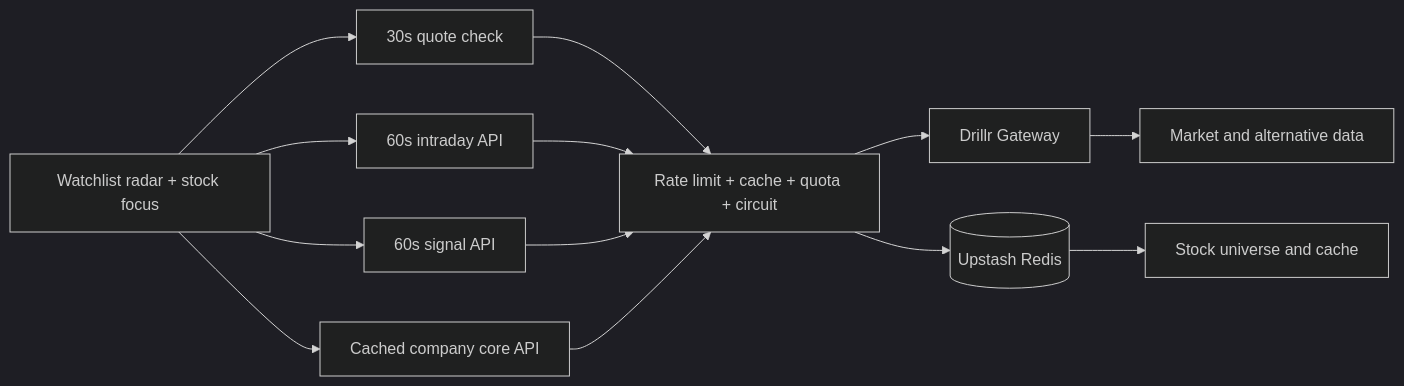
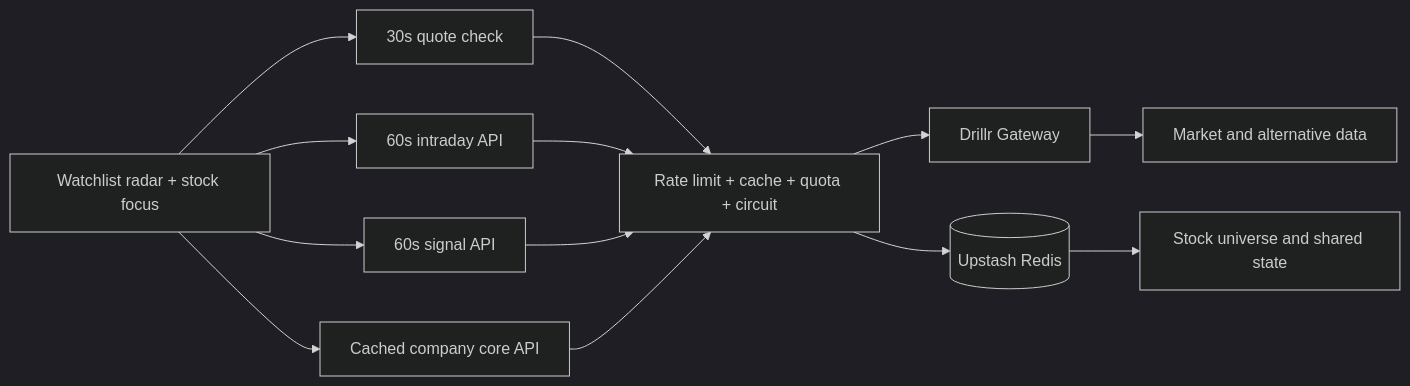
Before and after one commit to huluwa2026/drillr-market-dashboard: the diagram in README.md, drawn with Mermaid (dark theme). The commit also changed other lines of this file and 14 other files, not shown here.

````diff
--- a/README.md
+++ b/README.md
@@ -32,12 +77,12 @@
 ```mermaid
 flowchart LR
     Browser[Watchlist radar + stock focus] --> Live[30s quote check]
     Browser --> Intraday[60s intraday API]
     Browser --> Signals[60s signal API]
     Browser --> Core[Cached company core API]
     Live & Intraday & Signals & Core --> Guard[Rate limit + cache + quota + circuit]
     Guard --> Gateway[Drillr Gateway]
     Guard --> Redis[(Upstash Redis)]
     Gateway --> Markets[Market and alternative data]
-    Redis --> Universe[Stock universe and cache]
+    Redis --> Universe[Stock universe and shared state]
 ```
````
